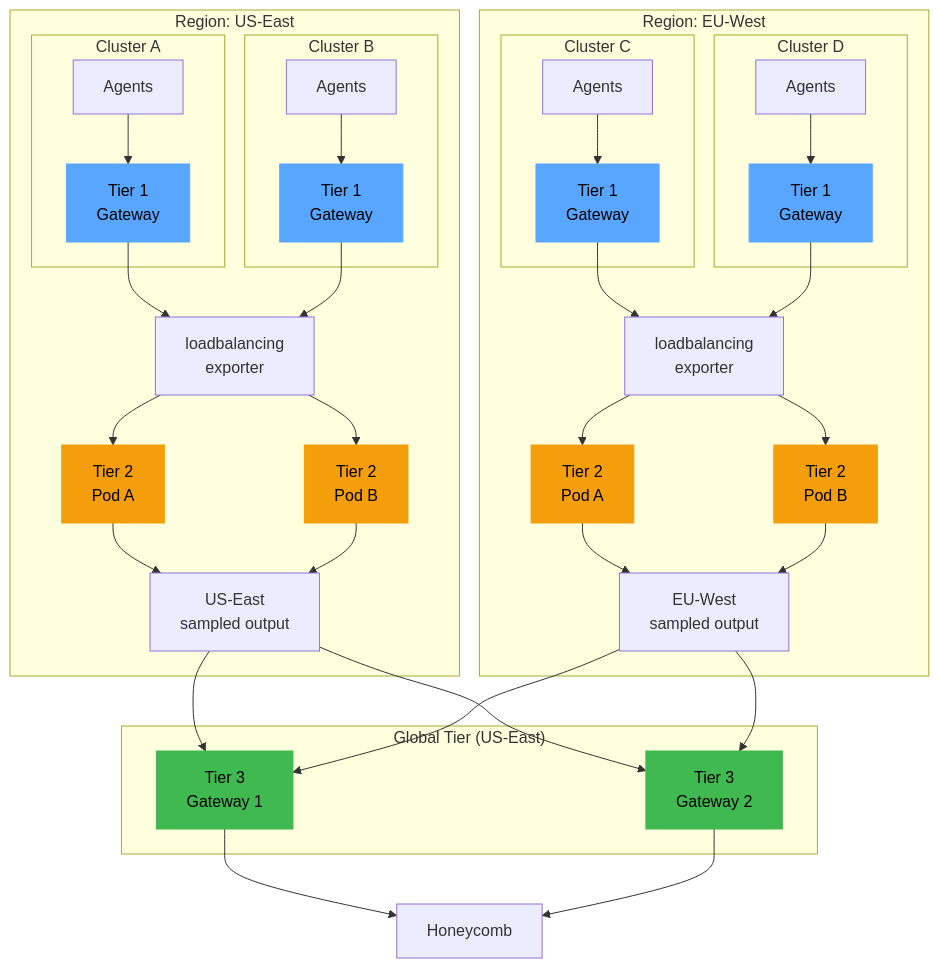
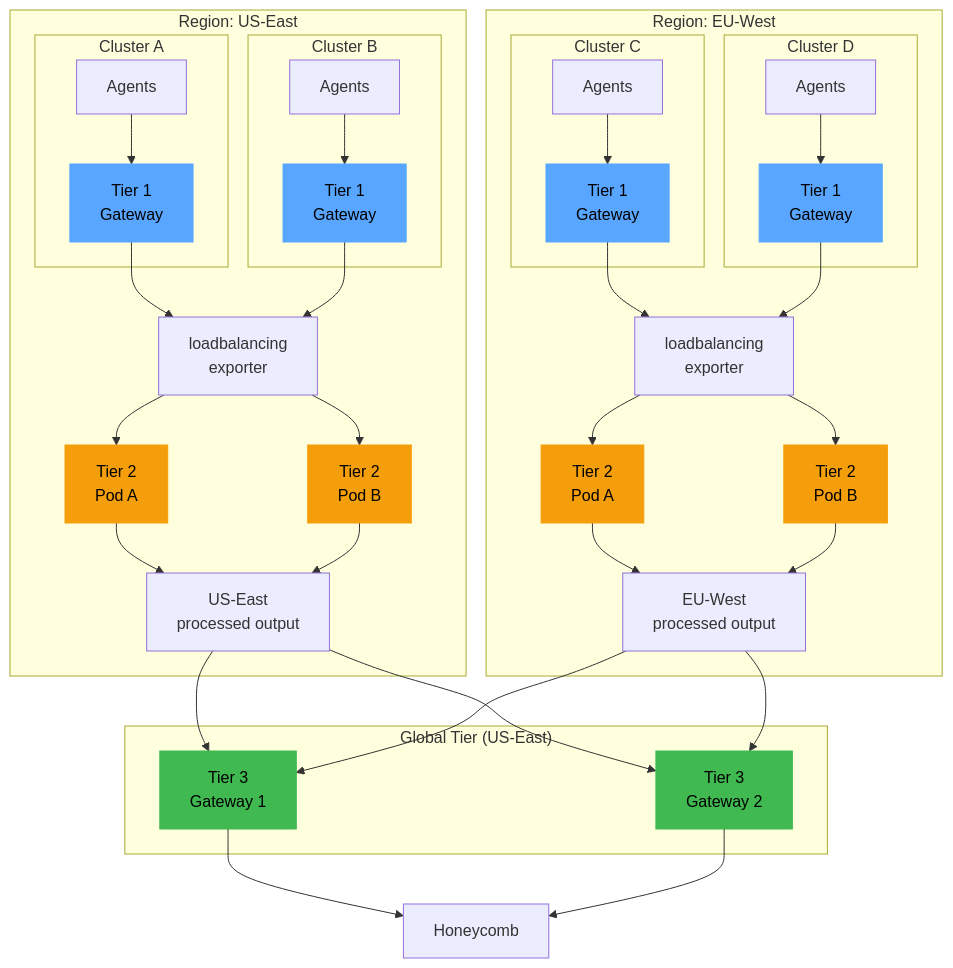
The fourth of 6 diagrams in 04-tiered-gateways.md (andy-dufour/otel-collector-guide), drawn with Mermaid before and after one commit. The commit also changed other lines of this file and 11 other files, not shown here.

````diff
--- a/04-tiered-gateways.md
+++ b/04-tiered-gateways.md
@@ -476,56 +446,56 @@
 ```mermaid
 graph TB
     subgraph "Region: US-East"
         subgraph "Cluster A"
             A_AGENTS["Agents"] --> A_T1["Tier 1<br/>Gateway"]
         end
         subgraph "Cluster B"
             B_AGENTS["Agents"] --> B_T1["Tier 1<br/>Gateway"]
         end
         A_T1 --> US_LB["loadbalancing<br/>exporter"]
         B_T1 --> US_LB
         US_LB --> US_T2A["Tier 2<br/>Pod A"]
         US_LB --> US_T2B["Tier 2<br/>Pod B"]
-        US_T2A --> US_OUT["US-East<br/>sampled output"]
+        US_T2A --> US_OUT["US-East<br/>processed output"]
         US_T2B --> US_OUT
     end
 
     subgraph "Region: EU-West"
         subgraph "Cluster C"
             C_AGENTS["Agents"] --> C_T1["Tier 1<br/>Gateway"]
         end
         subgraph "Cluster D"
             D_AGENTS["Agents"] --> D_T1["Tier 1<br/>Gateway"]
         end
         C_T1 --> EU_LB["loadbalancing<br/>exporter"]
         D_T1 --> EU_LB
         EU_LB --> EU_T2A["Tier 2<br/>Pod A"]
         EU_LB --> EU_T2B["Tier 2<br/>Pod B"]
-        EU_T2A --> EU_OUT["EU-West<br/>sampled output"]
+        EU_T2A --> EU_OUT["EU-West<br/>processed output"]
         EU_T2B --> EU_OUT
     end
 
     subgraph "Global Tier (US-East)"
         T3_GW1["Tier 3<br/>Gateway 1"]
         T3_GW2["Tier 3<br/>Gateway 2"]
     end
 
     US_OUT --> T3_GW1
     US_OUT --> T3_GW2
     EU_OUT --> T3_GW1
     EU_OUT --> T3_GW2
 
     T3_GW1 --> HC["Honeycomb"]
     T3_GW2 --> HC
 
     style A_T1 fill:#58a6ff,stroke:#58a6ff,color:#000
     style B_T1 fill:#58a6ff,stroke:#58a6ff,color:#000
     style C_T1 fill:#58a6ff,stroke:#58a6ff,color:#000
     style D_T1 fill:#58a6ff,stroke:#58a6ff,color:#000
     style US_T2A fill:#f59e0b,stroke:#f59e0b,color:#000
     style US_T2B fill:#f59e0b,stroke:#f59e0b,color:#000
     style EU_T2A fill:#f59e0b,stroke:#f59e0b,color:#000
     style EU_T2B fill:#f59e0b,stroke:#f59e0b,color:#000
     style T3_GW1 fill:#3fb950,stroke:#3fb950,color:#000
     style T3_GW2 fill:#3fb950,stroke:#3fb950,color:#000
 ```
````
